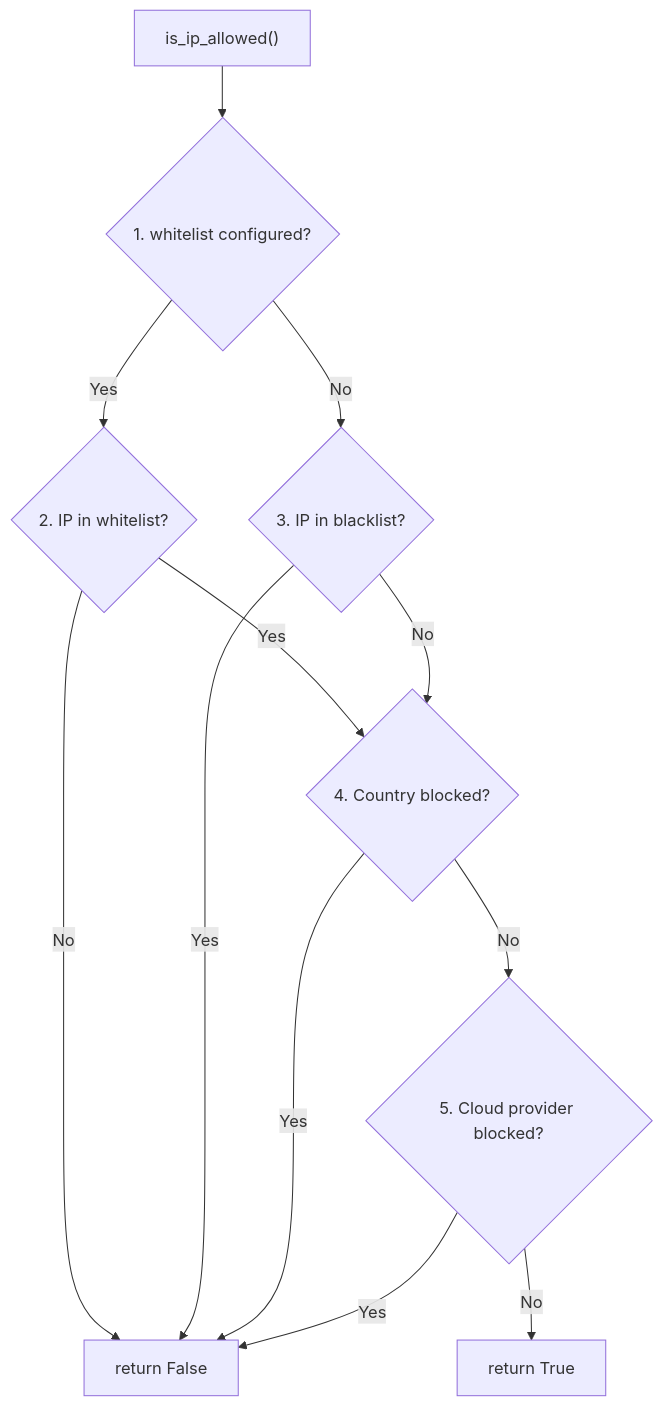
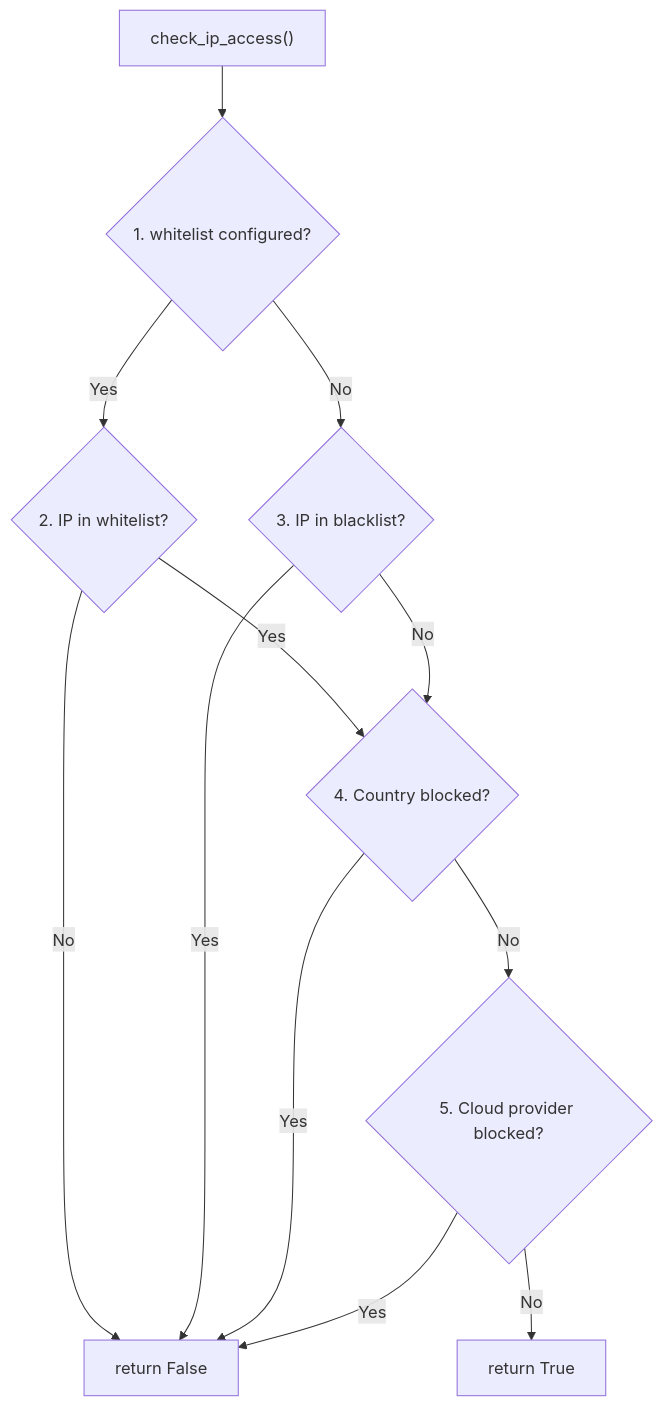
The diagram in guard_core_mcp/_docs/guard-core/internals/ip-management.md (rennf93/guard-core-mcp), drawn with Mermaid before and after one commit. The commit also changed other lines of this file and 87 other files, not shown here.

````diff
--- a/guard_core_mcp/_docs/guard-core/internals/ip-management.md
+++ b/guard_core_mcp/_docs/guard-core/internals/ip-management.md
@@ -82,23 +82,23 @@
 ```mermaid
 flowchart TD
-    START["is_ip_allowed()"]
+    START["check_ip_access()"]
     WLSET{"1. whitelist configured?"}
     WL{"2. IP in whitelist?"}
     BL{"3. IP in blacklist?"}
     CC{"4. Country blocked?"}
     CL{"5. Cloud provider blocked?"}
     ALLOW["return True"]
     DENY["return False"]
 
     START --> WLSET
     WLSET -- Yes --> WL
     WL -- Yes --> CC
     WL -- No --> DENY
     WLSET -- No --> BL
     BL -- Yes --> DENY
     BL -- No --> CC
     CC -- Yes --> DENY
     CC -- No --> CL
     CL -- Yes --> DENY
     CL -- No --> ALLOW
 ```
````
